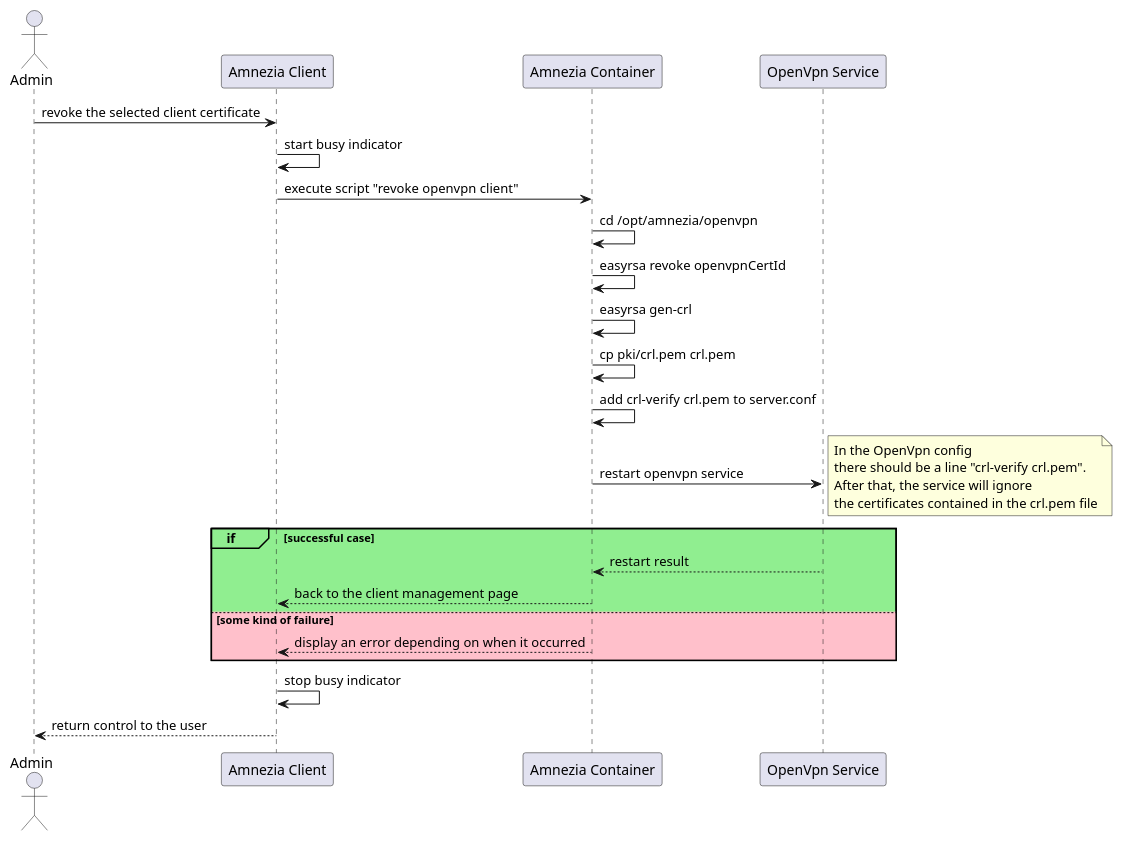
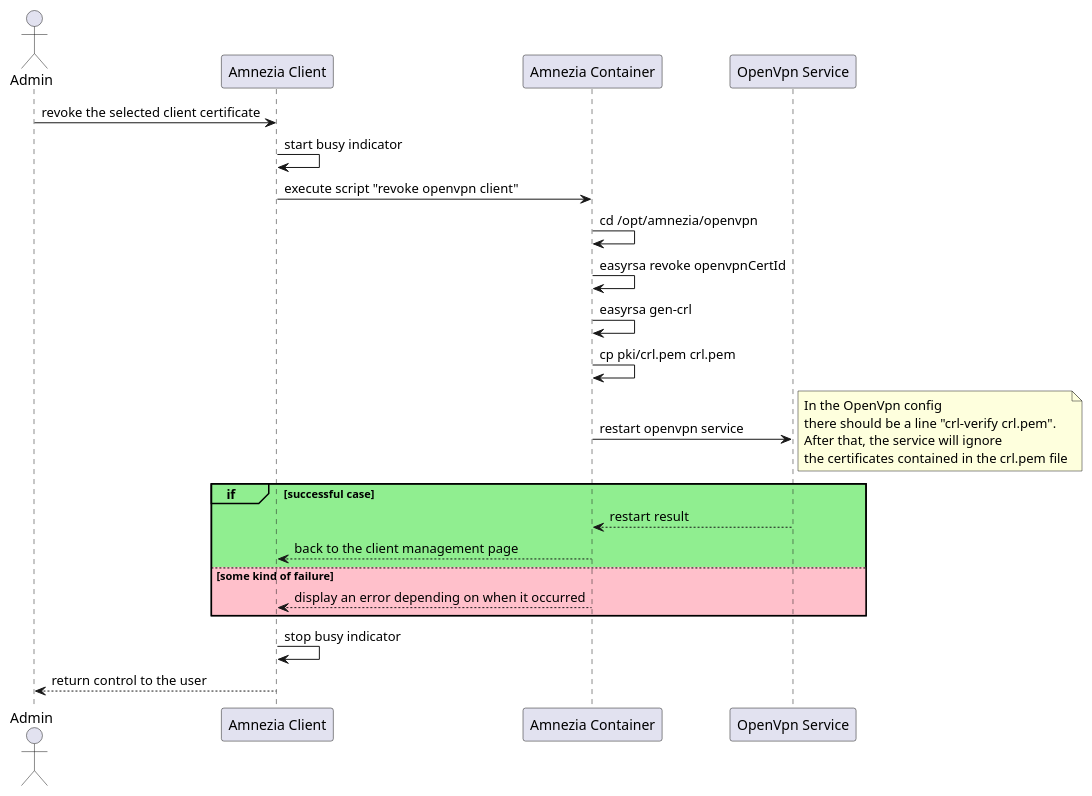
Before and after one commit to amnezia-vpn/amnezia-client: the diagram in docs/openVpnRevokeClientCertificate.plantuml, drawn with PlantUML. The commit also changed 7 other files, not shown here.

Commit message:
moved crl-verify crl.pem to openvpn config templates

```diff
--- a/docs/openVpnRevokeClientCertificate.plantuml
+++ b/docs/openVpnRevokeClientCertificate.plantuml
@@ -1,35 +1,34 @@
 @startuml openVpnRevokeClientCertificate
 actor Admin as adm
 participant "Amnezia Client" as cli
 participant "Amnezia Container" as cont
 participant "OpenVpn Service" as ovpn
 
 adm -> cli: revoke the selected client certificate
 cli -> cli: start busy indicator
 cli -> cont: execute script "revoke openvpn client"
 
 cont -> cont: cd /opt/amnezia/openvpn
 cont -> cont: easyrsa revoke openvpnCertId
 cont -> cont: easyrsa gen-crl
 cont -> cont: cp pki/crl.pem crl.pem
-cont -> cont: add crl-verify crl.pem to server.conf
 cont -> ovpn: restart openvpn service
 note right
     In the OpenVpn config 
     there should be a line "crl-verify crl.pem".
     After that, the service will ignore
     the certificates contained in the crl.pem file
 end note 
 
 
 group#lightgreen #lightgreen if [successful case]
     ovpn --> cont: restart result
     cont --> cli: back to the client management page
 else #pink some kind of failure
     cont --> cli: display an error depending on when it occurred
 end
 
 cli -> cli: stop busy indicator
 cli --> adm: return control to the user 
 
 @enduml
```
